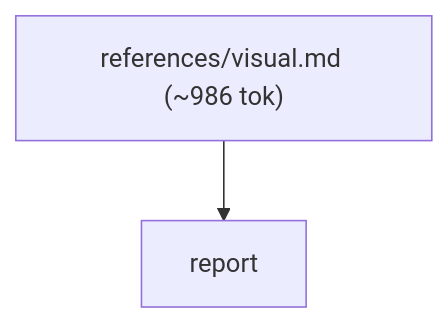
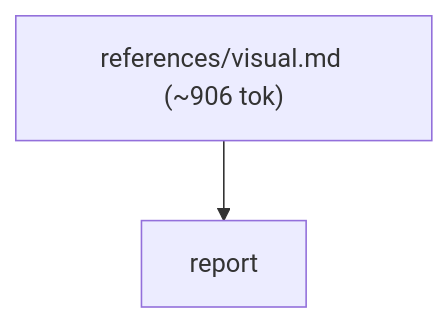
Before and after one commit to alecegg/varde: the sixth of 6 diagrams in skills/varde-review/FLOW.md, drawn with Mermaid. The commit also changed other lines of this file and 1293 other files, not shown here.

````diff
--- a/skills/varde-review/FLOW.md
+++ b/skills/varde-review/FLOW.md
@@ -136,6 +80,6 @@
 ```mermaid
 flowchart TD
-  n0["references/visual.md (~986 tok)"]
+  n0["references/visual.md (~906 tok)"]
   n1["report"]
   n0 --> n1
 ```
````
